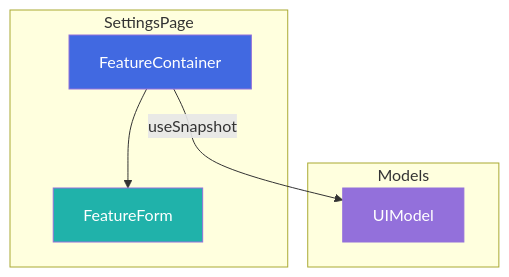
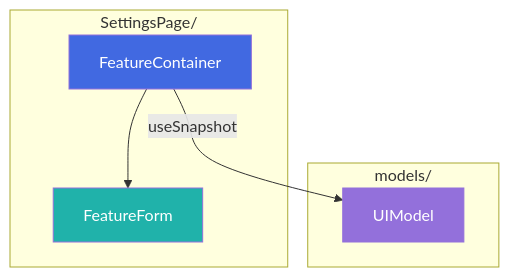
Before and after one commit to jira-helper/jira-helper: the first of 2 diagrams in .cursor/agents/architect.md, drawn with Mermaid. The commit also changed other lines of this file and 105 other files, not shown here.

````diff
--- a/.cursor/agents/architect.md
+++ b/.cursor/agents/architect.md
@@ -51,17 +53,17 @@
 ```mermaid
 flowchart TD
-    subgraph SettingsPage
+    subgraph feature/SettingsPage ["SettingsPage/"]
         Container[FeatureContainer]
         style Container fill:#4169E1,color:white
         Form[FeatureForm]
         style Form fill:#20B2AA,color:white
     end
     
-    subgraph Models
+    subgraph feature/models ["models/"]
         UIModel[UIModel]
         style UIModel fill:#9370DB,color:white
     end
     
     Container -->|useSnapshot| UIModel
     Container --> Form
 ```
````
